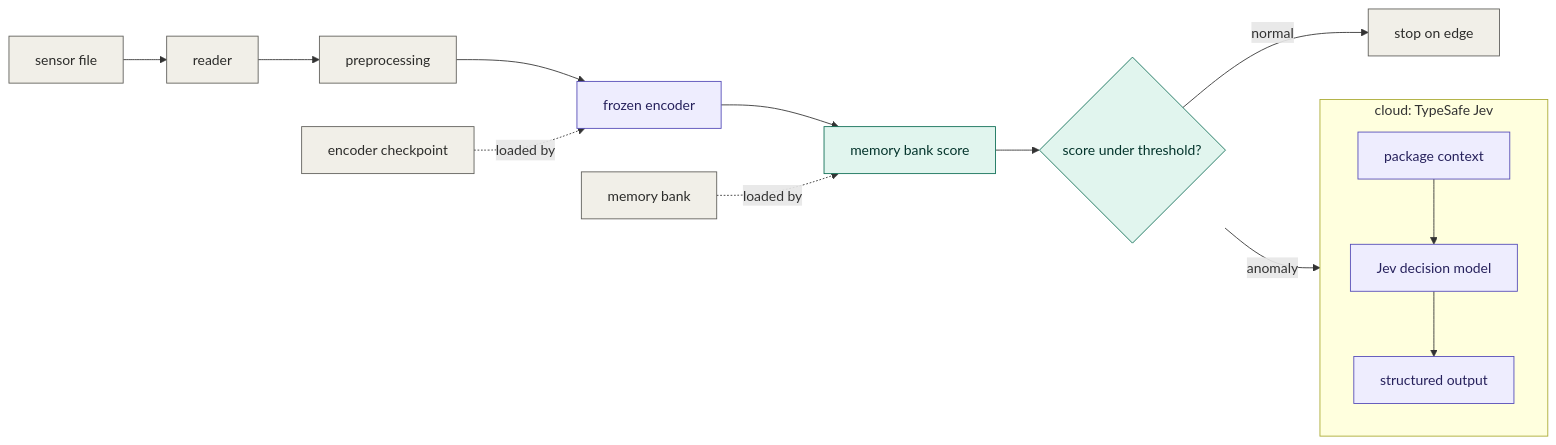
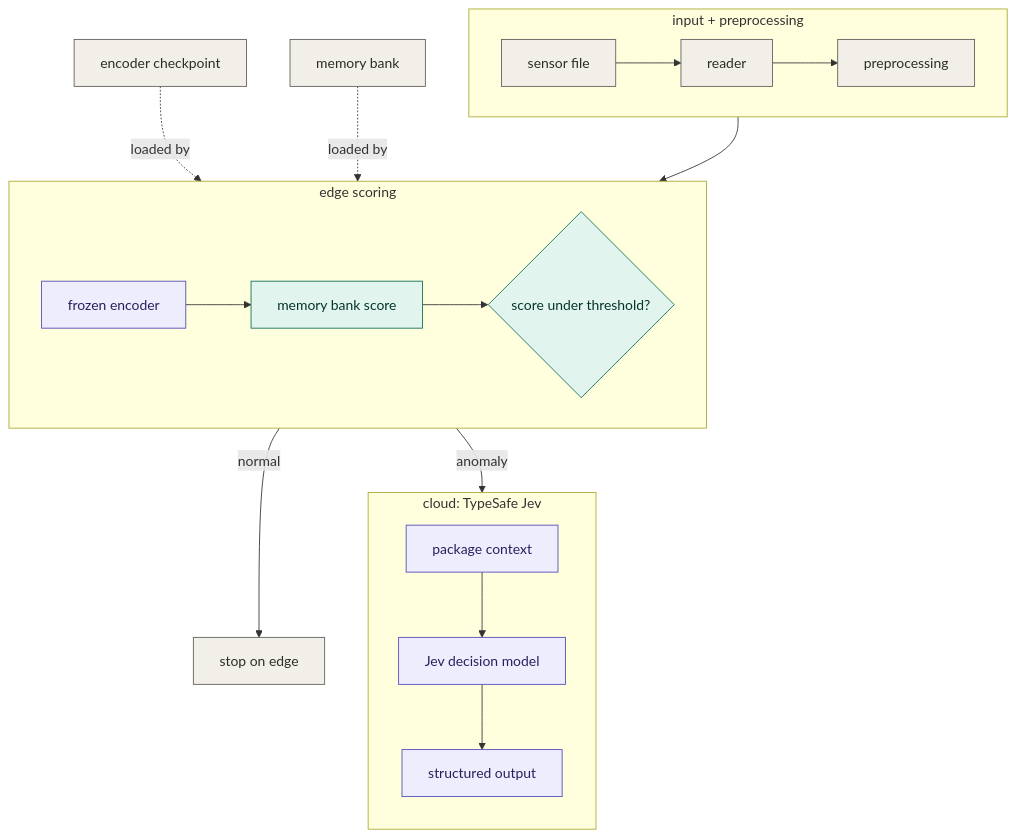
Before and after one commit to deltaparticle/Granica-Submission: the second of 2 diagrams in README.md, drawn with Mermaid.

Commit message:
Rearrange inference diagram into a mixed grid layout for better slide fit

````diff
--- a/README.md
+++ b/README.md
@@ -325,34 +325,43 @@
 ```mermaid
-flowchart LR
-    FILE["sensor file"]
-    READER["reader"]
-    PREP["preprocessing"]
-    ENC2["frozen encoder"]
-    SCORE["memory bank score"]
-    DECIDE{"score under threshold?"}
-    STOP["stop on edge"]
+flowchart TD
+    subgraph INPUT["input + preprocessing"]
+        direction LR
+        FILE["sensor file"]
+        READER["reader"]
+        PREP["preprocessing"]
+        FILE --> READER --> PREP
+    end
+
+    subgraph SCORING["edge scoring"]
+        direction LR
+        ENC2["frozen encoder"]
+        SCORE["memory bank score"]
+        DECIDE{"score under threshold?"}
+        ENC2 --> SCORE --> DECIDE
+    end
 
     CKPT2["encoder checkpoint"]
     BANK2["memory bank"]
+    STOP["stop on edge"]
 
     subgraph CLOUD["cloud: TypeSafe Jev"]
         direction TB
         CTX["package context"]
         JEV["Jev decision model"]
         OUT["structured output"]
         CTX --> JEV --> OUT
     end
 
-    FILE --> READER --> PREP --> ENC2 --> SCORE --> DECIDE
+    INPUT --> SCORING
     DECIDE -->|normal| STOP
     DECIDE -->|anomaly| CTX
     CKPT2 -.->|loaded by| ENC2
     BANK2 -.->|loaded by| SCORE
 
     classDef data fill:#F1EFE8,stroke:#5F5E5A,color:#2C2C2A
     classDef model fill:#EEEDFE,stroke:#534AB7,color:#26215C
     classDef calib fill:#E1F5EE,stroke:#0F6E56,color:#04342C
     class FILE,READER,PREP,STOP,CKPT2,BANK2 data
     class ENC2,CTX,JEV,OUT model
     class SCORE,DECIDE calib
 ```
````
